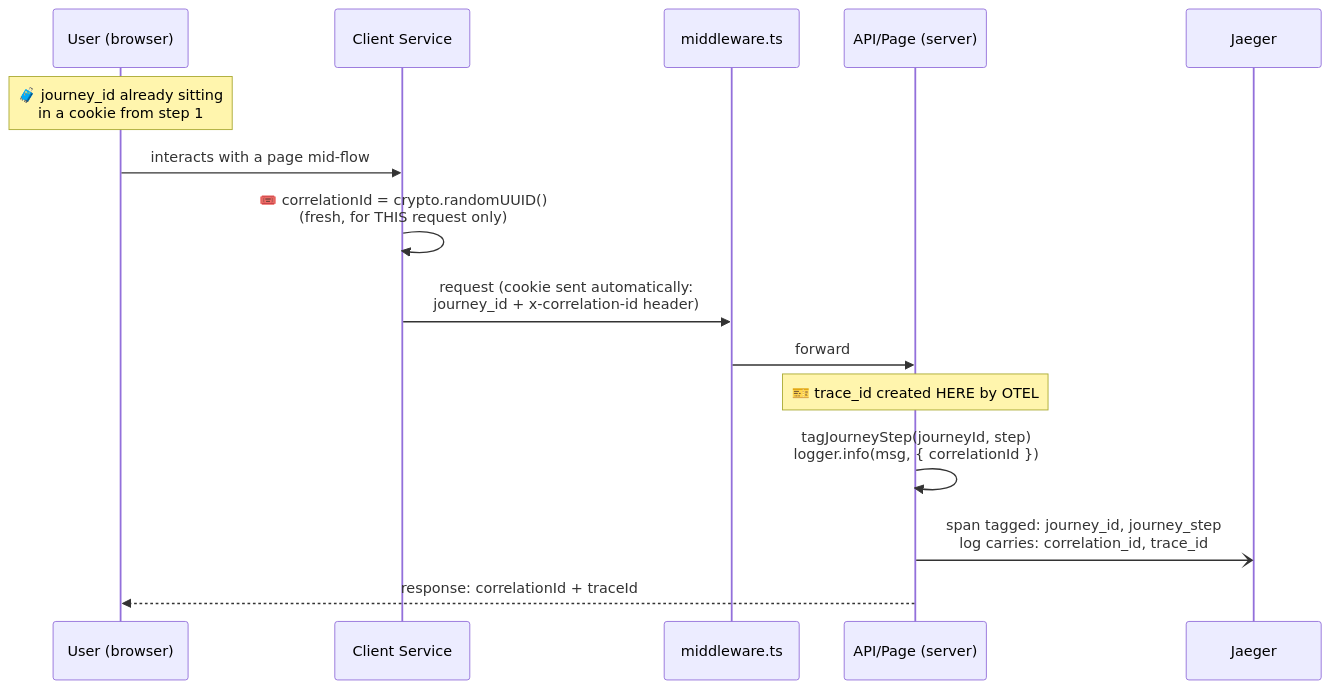
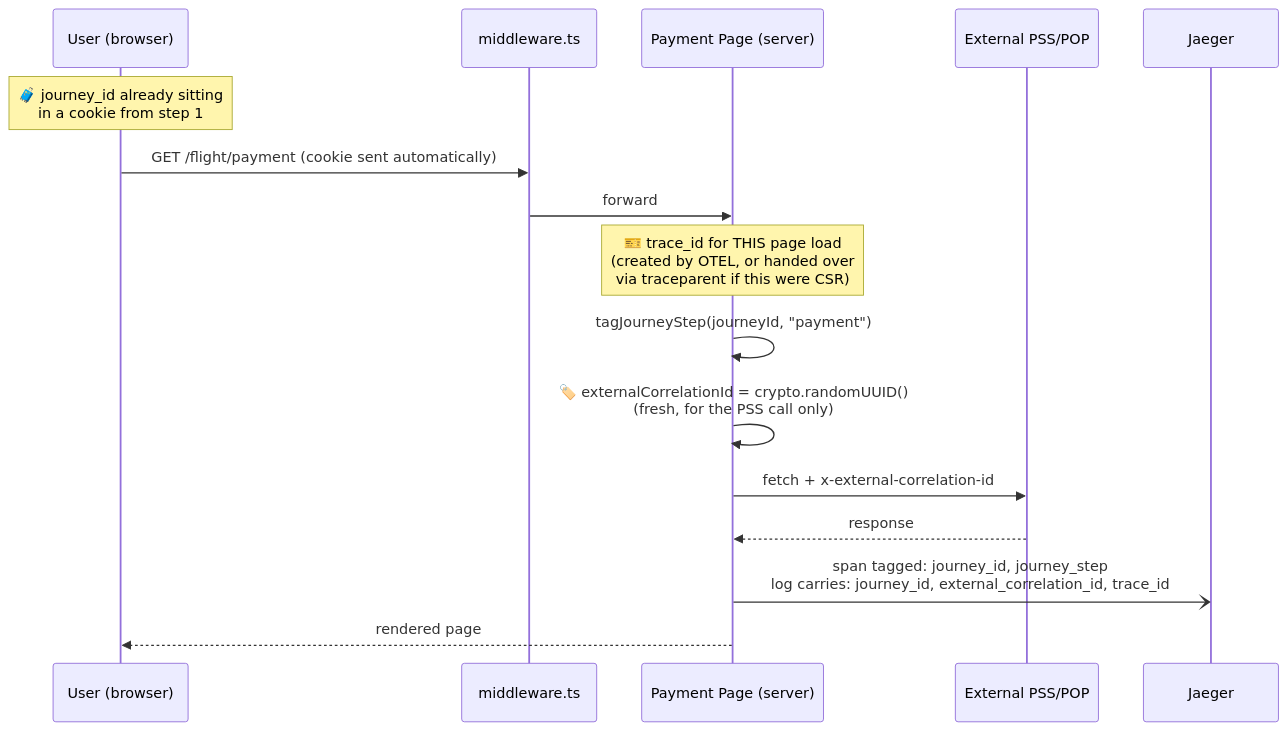
One commit to kavinselvaraj/Next-OTEL changed the sixth of 6 diagrams in TRACING_IDS_EXPLAINED.md. Above: the diagram before and after it, drawn with Mermaid. The commit also changed other lines of this file and 16 other files, not shown here.

````diff
--- a/TRACING_IDS_EXPLAINED.md
+++ b/TRACING_IDS_EXPLAINED.md
@@ -331,18 +440,19 @@
 ```mermaid
 sequenceDiagram
     participant U as User (browser)
-    participant CS as Client Service
     participant MW as middleware.ts
-    participant API as API/Page (server)
+    participant API as Payment Page (server)
+    participant PSS as External PSS/POP
     participant J as Jaeger
 
     Note over U: 🧳 journey_id already sitting<br/>in a cookie from step 1
-    U->>CS: interacts with a page mid-flow
-    CS->>CS: 🎟️ correlationId = crypto.randomUUID()<br/>(fresh, for THIS request only)
-    CS->>MW: request (cookie sent automatically:<br/>journey_id + x-correlation-id header)
+    U->>MW: GET /flight/payment (cookie sent automatically)
     MW->>API: forward
-    Note over API: 🎫 trace_id created HERE by OTEL
-    API->>API: tagJourneyStep(journeyId, step)<br/>logger.info(msg, { correlationId })
-    API-)J: span tagged: journey_id, journey_step<br/>log carries: correlation_id, trace_id
-    API-->>U: response: correlationId + traceId
+    Note over API: 🎫 trace_id for THIS page load<br/>(created by OTEL, or handed over<br/>via traceparent if this were CSR)
+    API->>API: tagJourneyStep(journeyId, "payment")
+    API->>API: 🏷️ externalCorrelationId = crypto.randomUUID()<br/>(fresh, for the PSS call only)
+    API->>PSS: fetch + x-external-correlation-id
+    PSS-->>API: response
+    API-)J: span tagged: journey_id, journey_step<br/>log carries: journey_id, external_correlation_id, trace_id
+    API-->>U: rendered page
 ```
````
